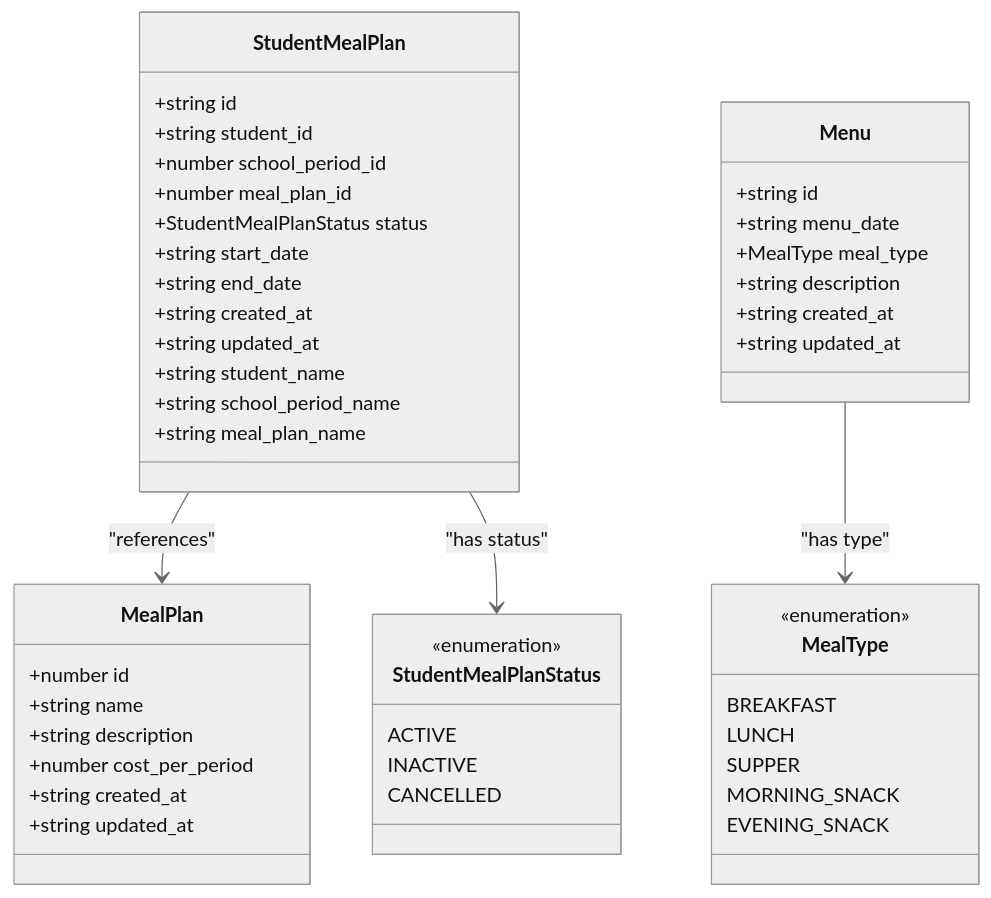
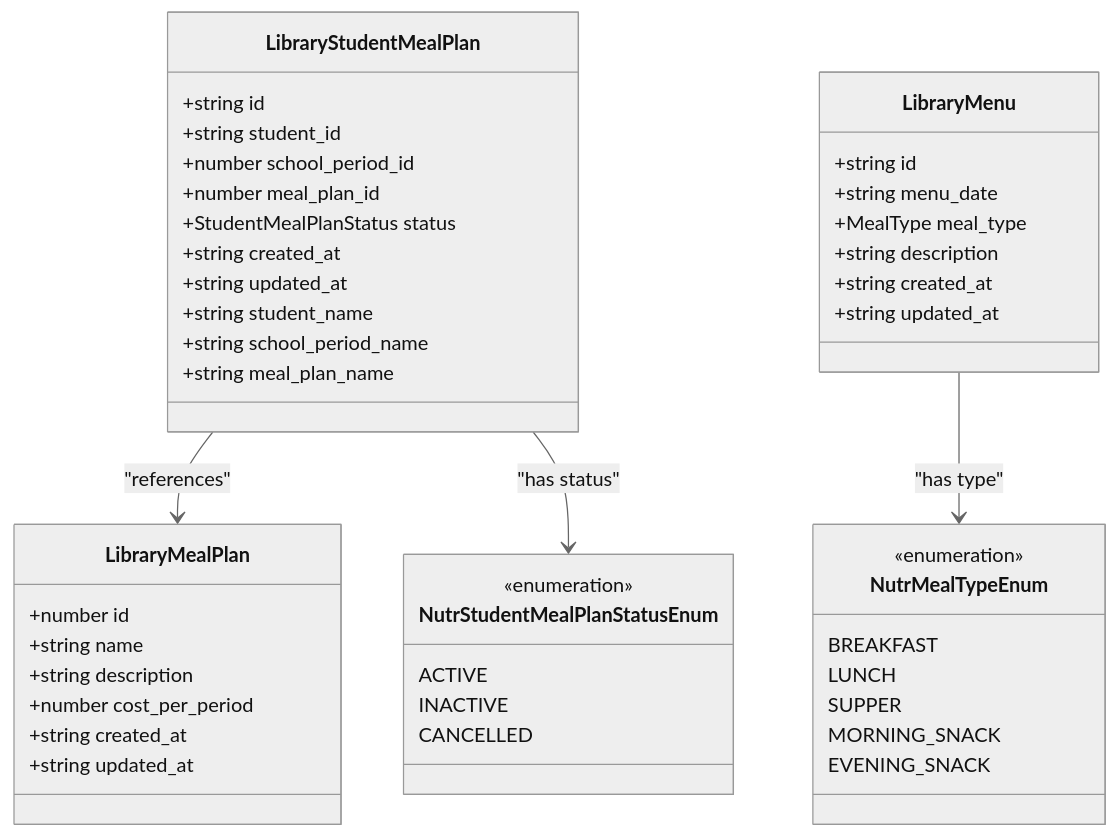
One commit to geniusdynamics/schoolpilot changed the eighth of 13 diagrams in .qoder/repowiki/en/content/Modules System/Nutrition Module.md. Above: the diagram before and after it, drawn with Mermaid (neutral theme). The commit also changed other lines of this file and 54 other files, not shown here.

````diff
--- a/.qoder/repowiki/en/content/Modules System/Nutrition Module.md
+++ b/.qoder/repowiki/en/content/Modules System/Nutrition Module.md
@@ -403,50 +1364,48 @@
 ```mermaid
 classDiagram
-class MealPlan {
+class LibraryMealPlan {
 +number id
 +string name
 +string description
 +number cost_per_period
 +string created_at
 +string updated_at
 }
-class StudentMealPlan {
+class LibraryStudentMealPlan {
 +string id
 +string student_id
 +number school_period_id
 +number meal_plan_id
 +StudentMealPlanStatus status
-+string start_date
-+string end_date
 +string created_at
 +string updated_at
 +string student_name
 +string school_period_name
 +string meal_plan_name
 }
-class Menu {
+class LibraryMenu {
 +string id
 +string menu_date
 +MealType meal_type
 +string description
 +string created_at
 +string updated_at
 }
-class StudentMealPlanStatus {
+class NutrStudentMealPlanStatusEnum {
 <<enumeration>>
 ACTIVE
 INACTIVE
 CANCELLED
 }
-class MealType {
+class NutrMealTypeEnum {
 <<enumeration>>
 BREAKFAST
 LUNCH
 SUPPER
 MORNING_SNACK
 EVENING_SNACK
 }
-StudentMealPlan --> MealPlan : "references"
-StudentMealPlan --> StudentMealPlanStatus : "has status"
-Menu --> MealType : "has type"
+LibraryStudentMealPlan --> LibraryMealPlan : "references"
+LibraryStudentMealPlan --> NutrStudentMealPlanStatusEnum : "has status"
+LibraryMenu --> NutrMealTypeEnum : "has type"
 ```
````
